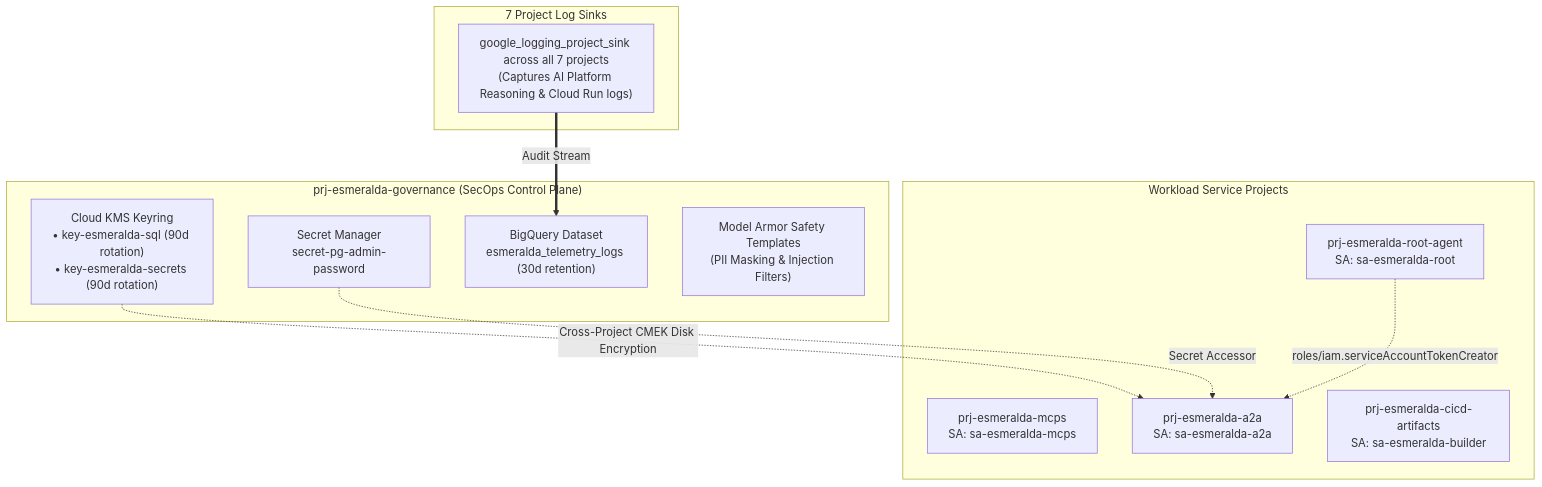
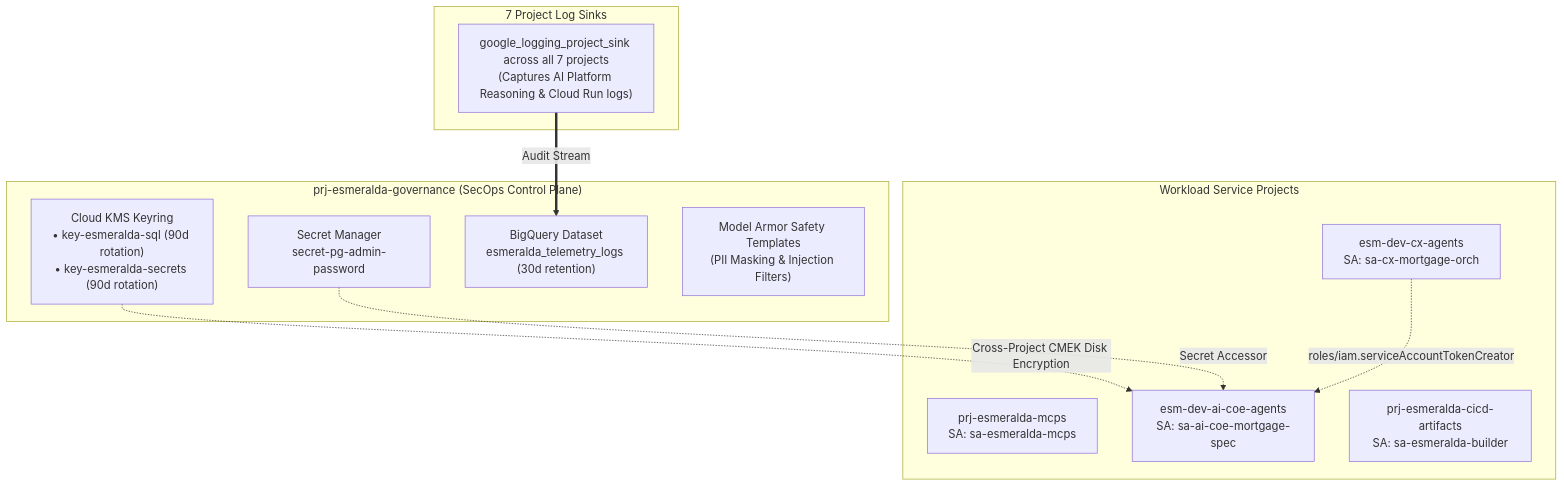
Before and after one commit to google/esmeralda: the diagram in docs/1-platform-foundations/03-security-iam-and-telemetry.md, drawn with Mermaid. The commit also changed other lines of this file and 184 other files, not shown here.

First line of the commit message:
refactor: name agents and agent projects after their owning team

````diff
--- a/docs/1-platform-foundations/03-security-iam-and-telemetry.md
+++ b/docs/1-platform-foundations/03-security-iam-and-telemetry.md
@@ -52,25 +52,25 @@
 ```mermaid
 flowchart TD
     subgraph Gov["prj-esmeralda-governance (SecOps Control Plane)"]
         KMS["Cloud KMS Keyring<br/>• key-esmeralda-sql (90d rotation)<br/>• key-esmeralda-secrets (90d rotation)"]
         Secrets["Secret Manager<br/>secret-pg-admin-password"]
         BQ["BigQuery Dataset<br/>esmeralda_telemetry_logs (30d retention)"]
         Armor["Model Armor Safety Templates<br/>(PII Masking & Injection Filters)"]
     end
 
     subgraph Workloads["Workload Service Projects"]
         P_MCPS["prj-esmeralda-mcps<br/>SA: sa-esmeralda-mcps"]
-        P_A2A["prj-esmeralda-a2a<br/>SA: sa-esmeralda-a2a"]
-        P_Root["prj-esmeralda-root-agent<br/>SA: sa-esmeralda-root"]
+        P_A2A["esm-dev-ai-coe-agents<br/>SA: sa-ai-coe-mortgage-spec"]
+        P_Root["esm-dev-cx-agents<br/>SA: sa-cx-mortgage-orch"]
         P_CI["prj-esmeralda-cicd-artifacts<br/>SA: sa-esmeralda-builder"]
     end
 
     subgraph Sinks["7 Project Log Sinks"]
         AllSinks["google_logging_project_sink across all 7 projects<br/>(Captures AI Platform Reasoning & Cloud Run logs)"]
     end
 
     KMS -.->|Cross-Project CMEK Disk Encryption| P_A2A
     Secrets -.->|Secret Accessor| P_A2A
     AllSinks ==>|Audit Stream| BQ
     P_Root -.->|roles/iam.serviceAccountTokenCreator| P_A2A
 ```
````
